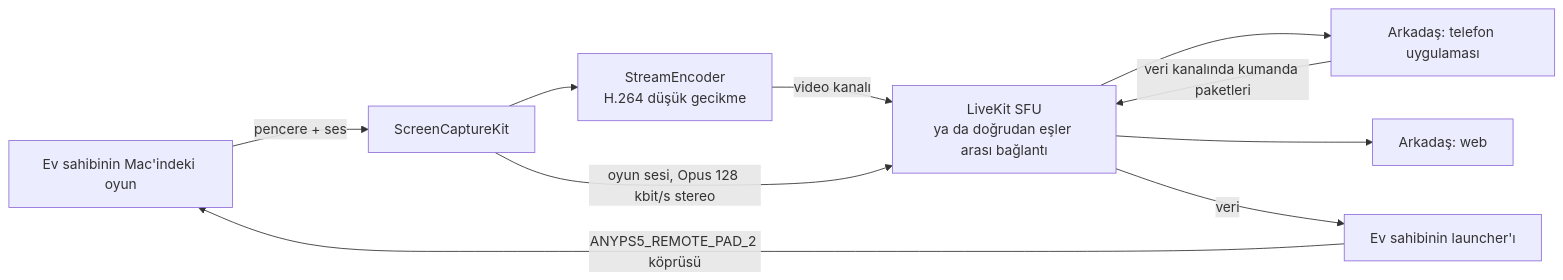
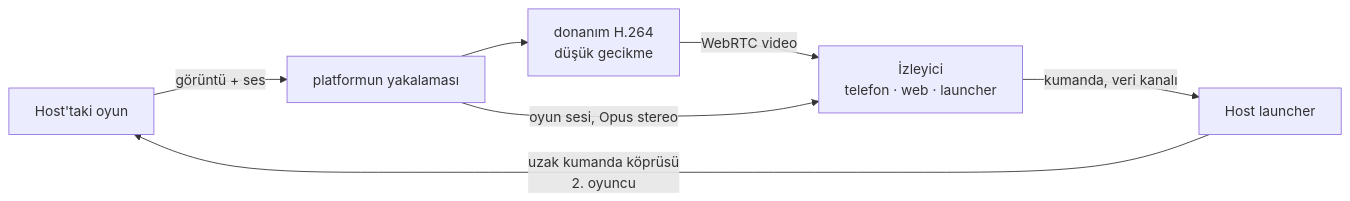
The diagram in docs/tr/06-anlik-ses-birlikte-oynama.md (AnyTogether/AnyPS5-ARM), drawn with Mermaid before and after one commit. The commit also changed other lines of this file and 11 other files, not shown here.

````diff
--- a/docs/tr/06-anlik-ses-birlikte-oynama.md
+++ b/docs/tr/06-anlik-ses-birlikte-oynama.md
@@ -73,12 +77,9 @@
 ```mermaid
 flowchart LR
-    G[Ev sahibinin Mac'indeki oyun] -->|pencere + ses| C[ScreenCaptureKit]
-    C --> E[StreamEncoder<br/>H.264 düşük gecikme]
-    E -->|video kanalı| K[LiveKit SFU<br/>ya da doğrudan eşler arası bağlantı]
-    C -->|oyun sesi, Opus 128 kbit/s stereo| K
-    K --> V1[Arkadaş: telefon uygulaması]
-    K --> V2[Arkadaş: web]
-    V1 -->|veri kanalında kumanda paketleri| K
-    K -->|veri| H[Ev sahibinin launcher'ı]
-    H -->|ANYPS5_REMOTE_PAD_2 köprüsü| G
+    G[Host'taki oyun] -->|görüntü + ses| C[platformun yakalaması]
+    C --> E[donanım H.264<br/>düşük gecikme]
+    E -->|WebRTC video| V[İzleyici<br/>telefon · web · launcher]
+    C -->|oyun sesi, Opus stereo| V
+    V -->|kumanda, veri kanalı| H[Host launcher]
+    H -->|uzak kumanda köprüsü<br/>2. oyuncu| G
 ```
````
